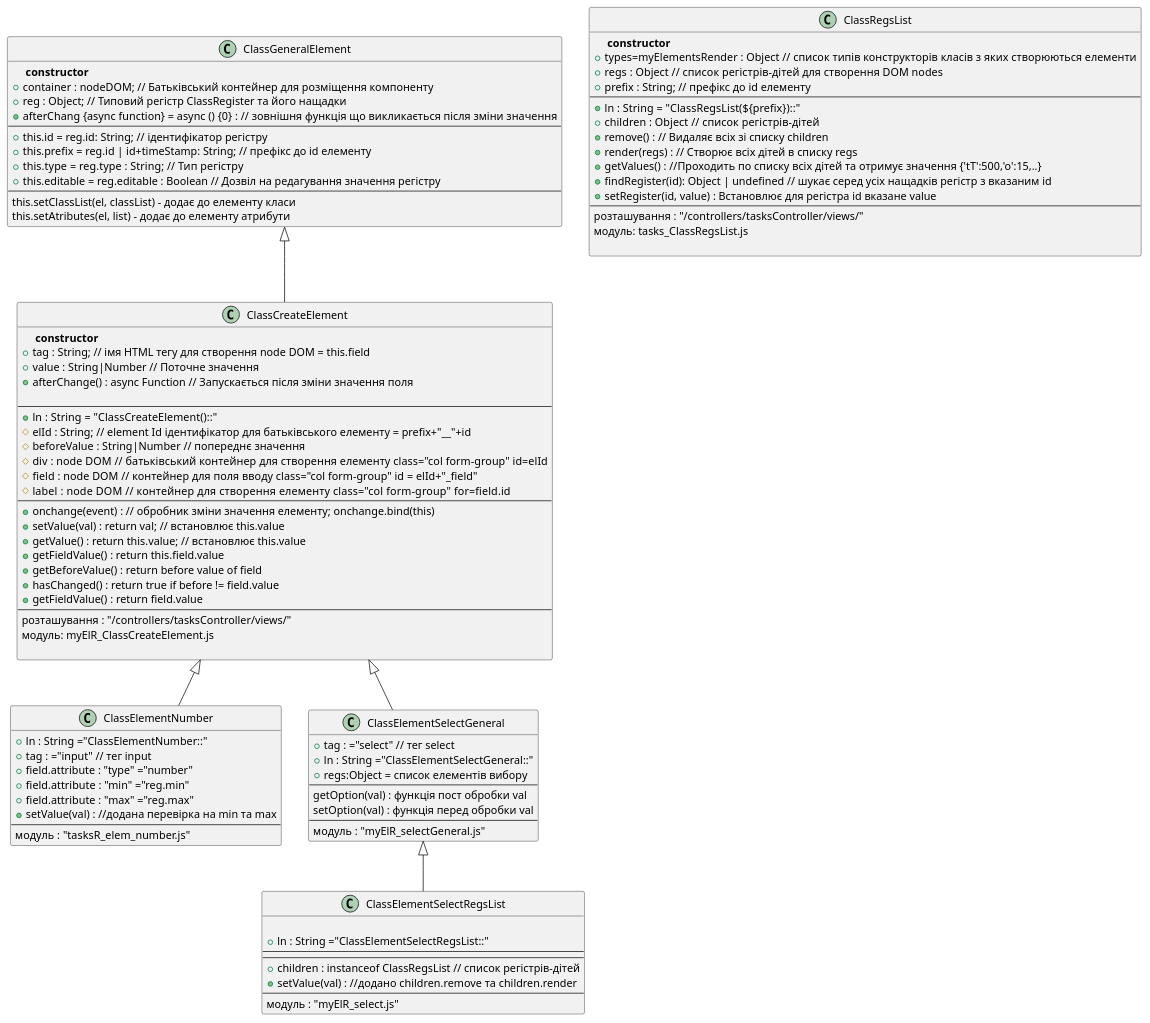
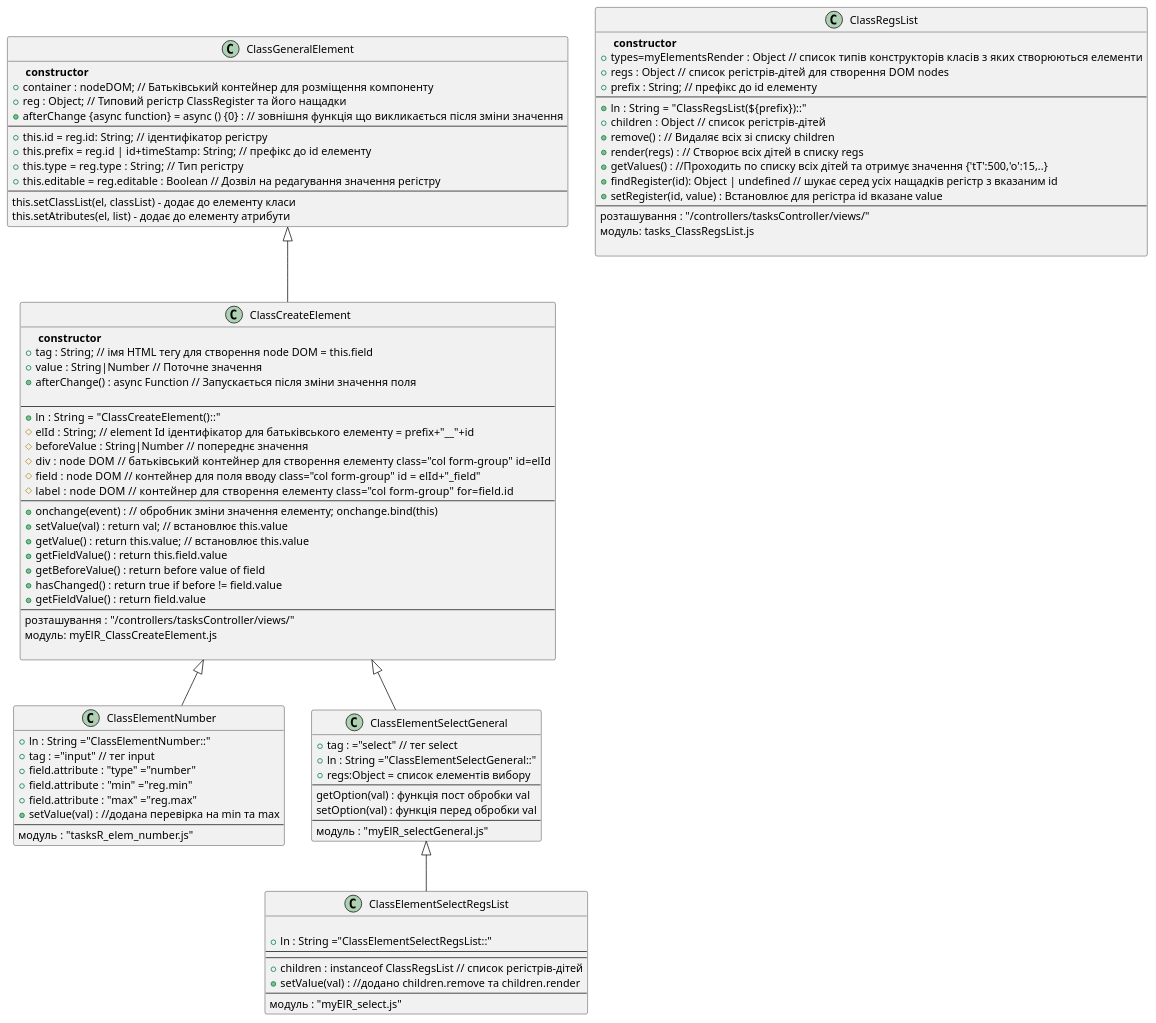
Before and after one commit to YVitalii/ASUTP2021: the diagram in controllers/elementsRender/ElementsDiagram.puml, drawn with PlantUML. The commit also changed 32 other files, not shown here.

```diff
--- a/controllers/elementsRender/ElementsDiagram.puml
+++ b/controllers/elementsRender/ElementsDiagram.puml
@@ -1,102 +1,102 @@
 @startuml DOM_elements
 
 class ClassGeneralElement {
     ** constructor **
 	+container : nodeDOM; // Батьківський контейнер для розміщення компоненту
 	+reg : Object; // Типовий регістр ClassRegister та його нащадки
-	+afterChang {async function} = async () {0} :  // зовнішня функція що викликається після зміни значення
+	+afterChange {async function} = async () {0} :  // зовнішня функція що викликається після зміни значення
 	---
     +this.id = reg.id: String; // ідентифікатор регістру 
     +this.prefix = reg.id | id+timeStamp: String; // префікс до id елементу 
 	+this.type = reg.type :  String; // Тип регістру
 	+this.editable = reg.editable : Boolean // Дозвіл на редагування значення регістру
 	---
 	this.setClassList(el, classList) - додає до елементу класи
 	this.setAtributes(el, list) - додає до елементу атрибути 
 }
  ClassGeneralElement <|-- ClassCreateElement
  
 class ClassCreateElement {
     ** constructor **
     +tag : String; // імя HTML тегу для створення node DOM = this.field
 	+value : String|Number // Поточне значення
 	+afterChange() : async Function // Запускається після зміни значення поля
 	
 	---
 	+ln : String  = "ClassCreateElement()::"
     #elId : String; // element Id ідентифікатор для батьківського елементу = prefix+"__"+id
     #beforeValue : String|Number // попереднє значення
     #div : node DOM   // батьківський контейнер для створення елементу class="col form-group" id=elId
     #field : node DOM  // контейнер для поля вводу class="col form-group" id = elId+"_field"
     #label : node DOM   // контейнер для створення елементу   class="col form-group" for=field.id
     ---
     +onchange(event) : // обробник зміни значення елементу; onchange.bind(this)
     +setValue(val) : return val; // встановлює this.value
     +getValue() : return this.value; // встановлює this.value
     +getFieldValue() : return this.field.value
 	+getBeforeValue() : return before value of field
 	+hasChanged() : return true if before != field.value
 	+getFieldValue() : return field.value
     ---
     розташування : "/controllers/tasksController/views/"
     модуль: myElR_ClassCreateElement.js 
     
 }
 
 class ClassElementNumber {
     +ln : String ="ClassElementNumber::"
     +tag : ="input" // тег input
     +field.attribute : "type" ="number"
     +field.attribute : "min" ="reg.min"
     +field.attribute : "max" ="reg.max"
     +setValue(val) : //додана перевірка на min та max
     ---
     модуль : "tasksR_elem_number.js" 
 }
 ClassCreateElement <|-- ClassElementNumber
 
 class ClassElementSelectGeneral {
     +tag : ="select" // тег select
     +ln : String ="ClassElementSelectGeneral::"
     +regs:Object = список елементів вибору
     ---
 	getOption(val) : функція пост обробки val
 	setOption(val) : функція перед обробки val
 	---
     модуль : "myElR_selectGeneral.js" 
 }
 ClassCreateElement <|-- ClassElementSelectGeneral
 
 class ClassElementSelectRegsList {
     
     +ln : String ="ClassElementSelectRegsList::"
 	---
 	---
     +children : instanceof ClassRegsList // список регістрів-дітей 
     +setValue(val) : //додано children.remove та children.render
     ---
     модуль : "myElR_select.js" 
 }
 ClassElementSelectGeneral <|-- ClassElementSelectRegsList
 
 
 class ClassRegsList {   
     ** constructor **
     +types=myElementsRender : Object // список типів конструкторів класів  з яких створюються елементи 
     +regs  : Object // список регістрів-дітей для створення DOM nodes
     +prefix : String; // префікс до id елементу 
 	---
 	+ln : String  = "ClassRegsList(${prefix})::"
     +children :  Object // список регістрів-дітей
     +remove() : // Видаляє всіх зі списку children
     +render(regs) : // Створює всіх дітей в списку regs
     +getValues() : //Проходить по списку всіх дітей та отримує значення {'tT':500,'o':15,..}
     +findRegister(id): Object | undefined // шукає серед усіх нащадків регістр з вказаним id
     +setRegister(id, value) : Встановлює для регістра id вказане value 
     ---
     розташування : "/controllers/tasksController/views/"
     модуль: tasks_ClassRegsList.js 
     
 }
 
 @enduml
```
